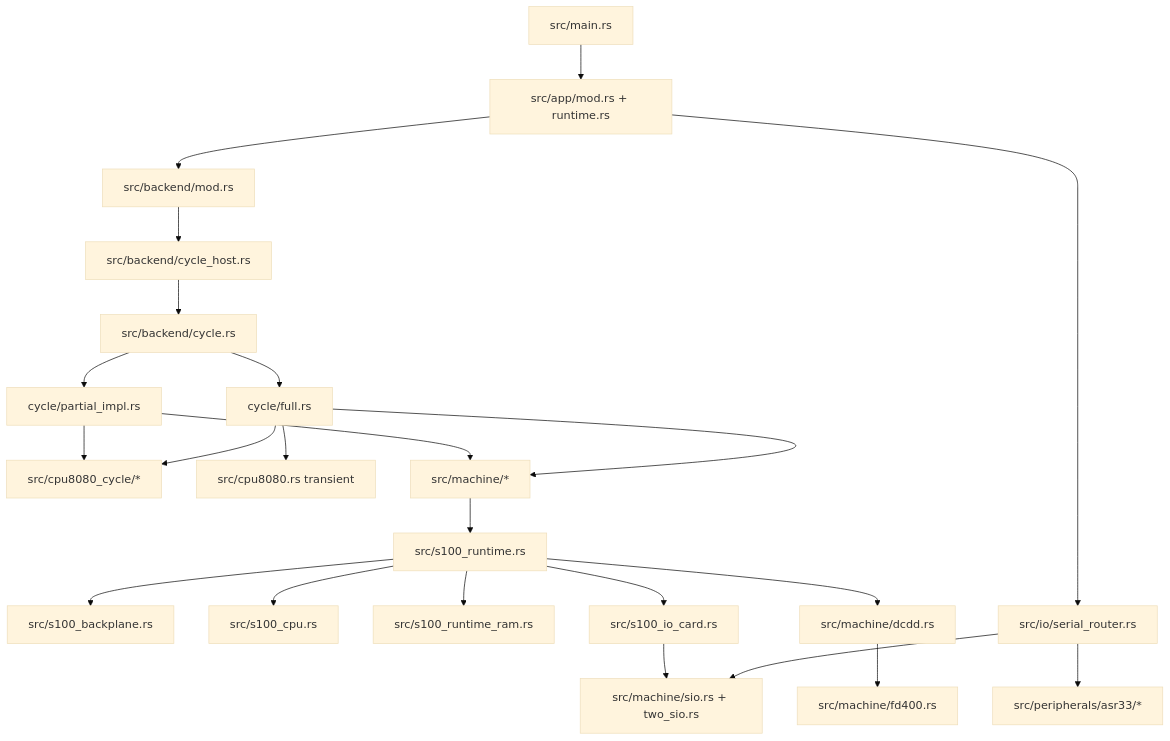
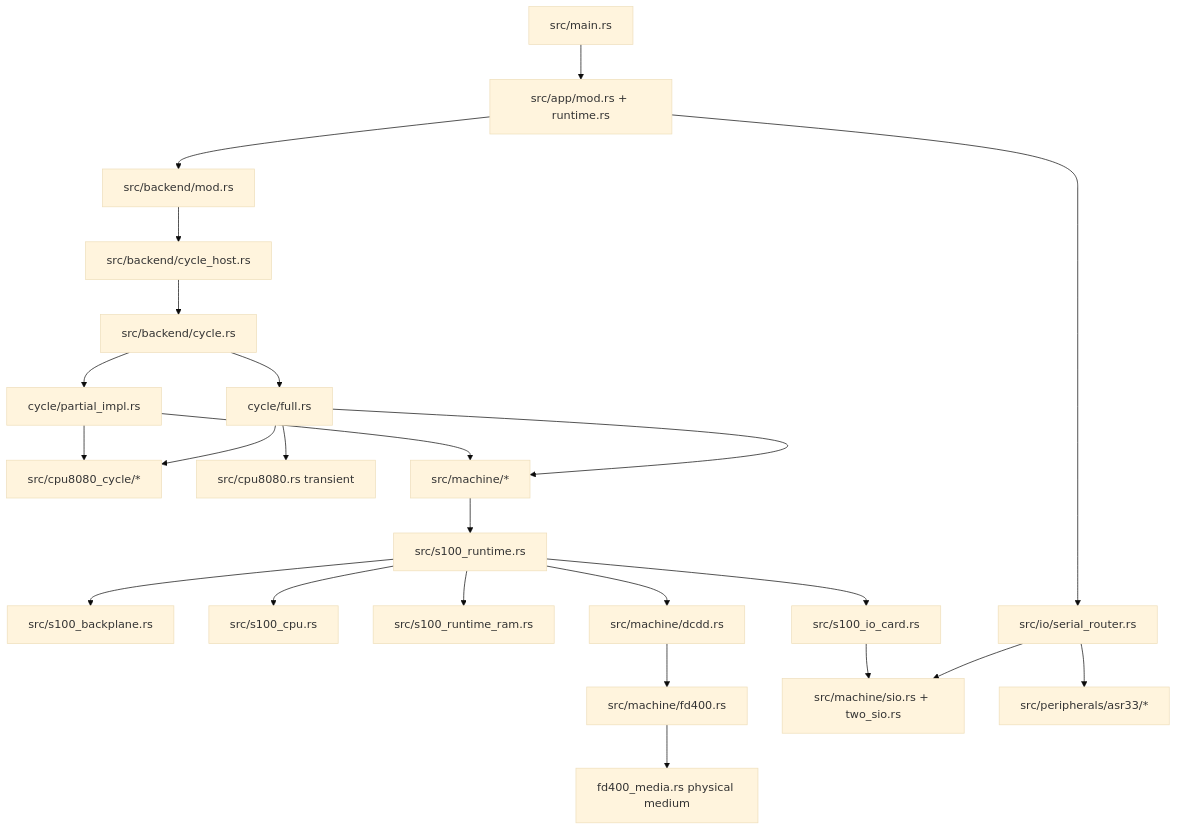
The diagram in docs/SOURCE_REFERENCE.md (TheWinterLynx/RusTair), drawn with Mermaid (base theme) before and after one commit. The commit also changed other lines of this file, not shown here.

Commit message:
Document FD-400 media source

````diff
--- a/docs/SOURCE_REFERENCE.md
+++ b/docs/SOURCE_REFERENCE.md
@@ -232,25 +233,26 @@
 ```mermaid
 flowchart TB
     MAIN[src/main.rs] --> APP[src/app/mod.rs + runtime.rs]
     APP --> BACKEND[src/backend/mod.rs]
     BACKEND --> HOST[src/backend/cycle_host.rs]
     HOST --> CYCLE[src/backend/cycle.rs]
     CYCLE --> PARTIAL[cycle/partial_impl.rs]
     CYCLE --> FULL[cycle/full.rs]
     PARTIAL --> CPU[src/cpu8080_cycle/*]
     FULL --> SEM[src/cpu8080.rs transient]
     FULL --> CPU
     PARTIAL --> MACH[src/machine/*]
     FULL --> MACH
     MACH --> RUNTIME[src/s100_runtime.rs]
     RUNTIME --> BP[src/s100_backplane.rs]
     RUNTIME --> CPUB[src/s100_cpu.rs]
     RUNTIME --> RAM[src/s100_runtime_ram.rs]
     RUNTIME --> IO[src/s100_io_card.rs]
     RUNTIME --> DCDD[src/machine/dcdd.rs]
     DCDD --> FD400[src/machine/fd400.rs]
+    FD400 --> MEDIA[fd400_media.rs physical medium]
     IO --> SERIAL[src/machine/sio.rs + two_sio.rs]
     APP --> ROUTER[src/io/serial_router.rs]
     ROUTER --> SERIAL
     ROUTER --> ASR[src/peripherals/asr33/*]
 ```
````
